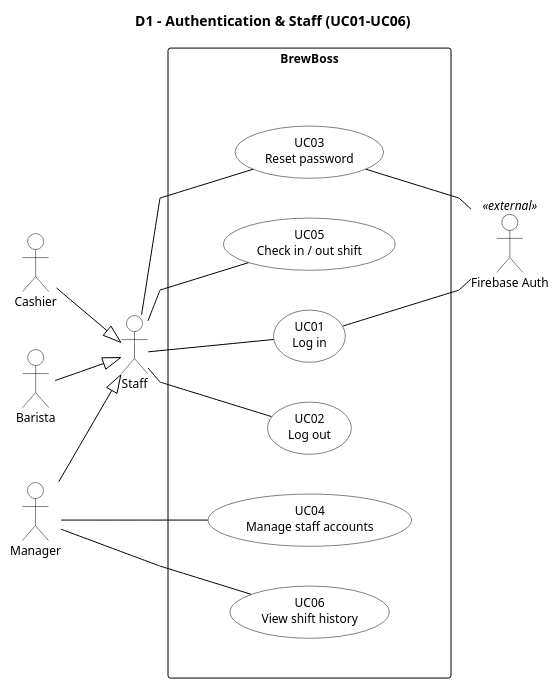
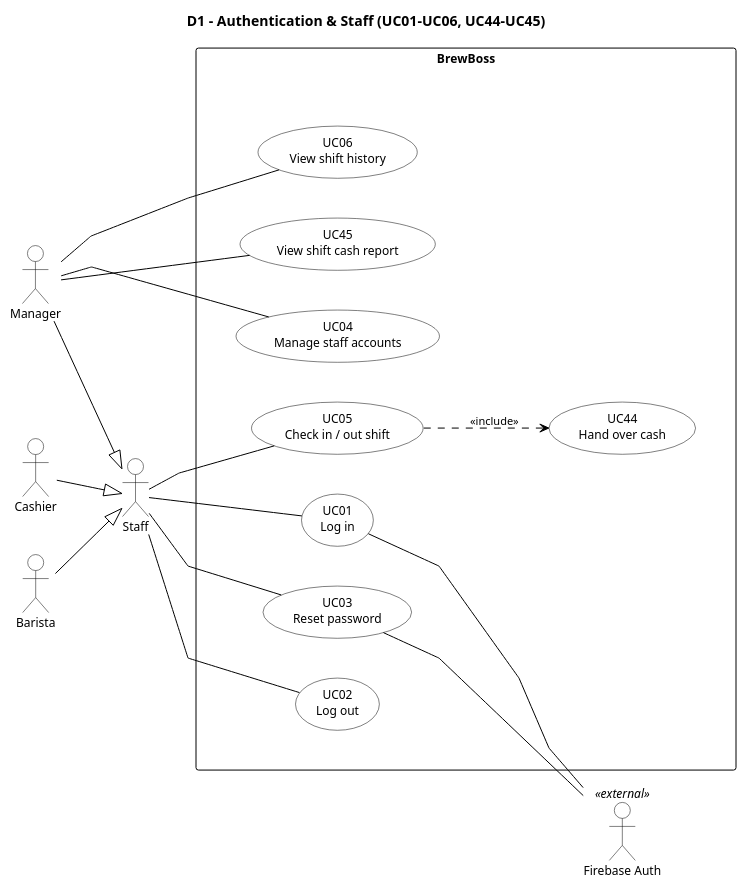
Before and after one commit to huytran303/CafeManagementSystem: the diagram in docs/diagrams/D1_AuthStaff.puml, drawn with PlantUML. The commit also changed 23 other files, not shown here.

```diff
--- a/docs/diagrams/D1_AuthStaff.puml
+++ b/docs/diagrams/D1_AuthStaff.puml
@@ -1,70 +1,75 @@
 @startuml BB_D1_AuthStaff
 left to right direction
 skinparam linetype polyline
 skinparam nodesep 40
 skinparam ranksep 60
 skinparam backgroundColor White
 skinparam shadowing false
 skinparam defaultFontName Helvetica
 skinparam defaultFontSize 12
 skinparam ArrowColor Black
 skinparam ArrowFontSize 11
 skinparam actor {
   BackgroundColor White
   BorderColor Black
 }
 skinparam usecase {
   BackgroundColor White
   BorderColor Black
 }
 skinparam rectangle {
   BackgroundColor White
   BorderColor Black
 }
 skinparam package {
   BackgroundColor White
   BorderColor Black
 }
 ' inner frame: invisible, only adds padding inside the system boundary
 skinparam rectangle<<inner>> {
   BorderColor Transparent
   FontColor Transparent
 }
 hide <<inner>> stereotype
 
-title D1 - Authentication & Staff (UC01-UC06)
+title D1 - Authentication & Staff (UC01-UC06, UC44-UC45)
 
 actor "Staff" as STAFF
 actor "Cashier" as CAS
 actor "Barista" as BAR
 actor "Manager" as MGR
 actor "Firebase Auth" as FAUTH <<external>>
 
 CAS --|> STAFF
 BAR --|> STAFF
 MGR --|> STAFF
 
 rectangle "BrewBoss" {
   rectangle " " <<inner>> {
     usecase "UC01\nLog in" as UC01
     usecase "UC02\nLog out" as UC02
     usecase "UC03\nReset password" as UC03
     usecase "UC04\nManage staff accounts" as UC04
     usecase "UC05\nCheck in / out shift" as UC05
     usecase "UC06\nView shift history" as UC06
+    usecase "UC44\nHand over cash" as UC44
+    usecase "UC45\nView shift cash report" as UC45
   }
 }
 
 STAFF -- UC01
 STAFF -- UC02
 STAFF -- UC03
 STAFF -- UC05
 
 STAFF -[hidden]- UC04
 MGR -- UC04
 MGR -- UC06
+MGR -- UC45
+
+UC05 ..> UC44 : <<include>>
 
 UC01 -- FAUTH
 UC03 -- FAUTH
 
 @enduml
```
